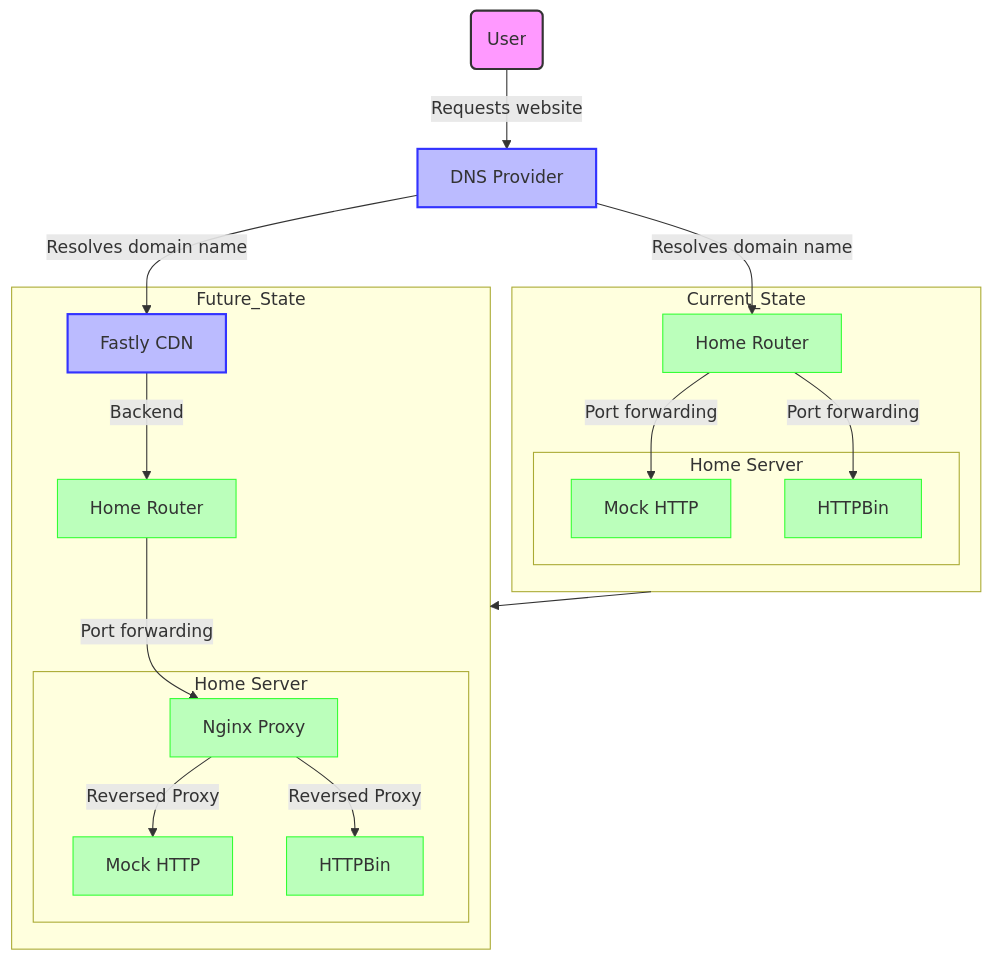
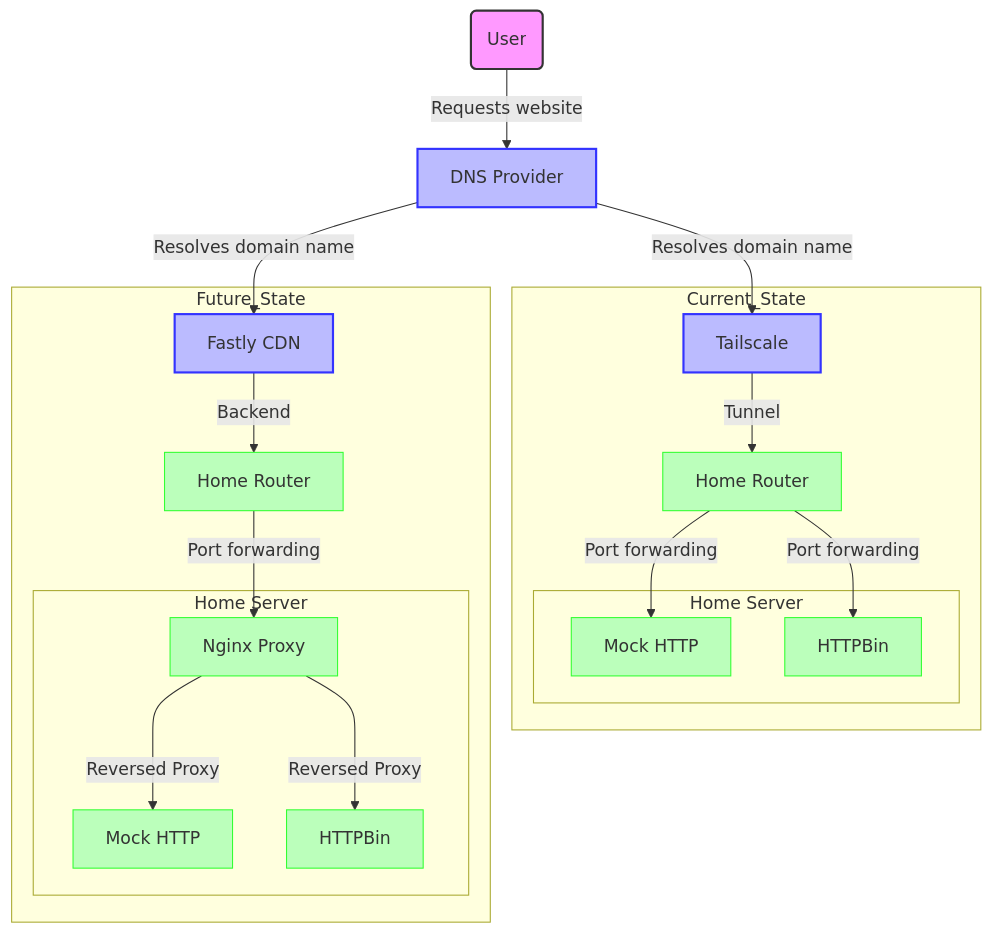
One commit to vlucaswang/fastly-demo changed the second of 2 diagrams in docs/design/solution-design.md. Above: the diagram before and after it, drawn with Mermaid. The commit also changed 4 other files, not shown here.

````diff
--- a/docs/design/solution-design.md
+++ b/docs/design/solution-design.md
@@ -57,35 +57,36 @@
 ```mermaid
-graph TD
+graph TB
     User(User) -->|Requests website| DNS[DNS Provider]
-    DNS -->|Resolves domain name| Router1[Home Router]
+    DNS -->|Resolves domain name| Tailscale
     DNS -->|Resolves domain name| Fastly[Fastly CDN]
-    Current_State --> Future_State
+
 
     subgraph "Current_State"
+        Tailscale -->|Tunnel| Router1[Home Router]
         Router1 -->|Port forwarding| Site1[Mock HTTP]
         Router1 -->|Port forwarding| Site2[HTTPBin]
 
         subgraph "Home Server"
             Site1
             Site2
         end
     end
 
     subgraph "Future_State"
         Fastly -->|Backend| Router2[Home Router]
         Router2 -->|Port forwarding| Nginx2[Nginx Proxy]
 
         subgraph "Home Server"
             Nginx2 -->|Reversed Proxy| Site3[Mock HTTP]
             Nginx2 -->|Reversed Proxy| Site4[HTTPBin]
         end
     end
 
     classDef user fill:#f9f,stroke:#333,stroke-width:2px;
     classDef fastly fill:#bbf,stroke:#33f,stroke-width:2px;
     classDef infra fill:#bfb,stroke:#3f3,stroke-width:1px;
 
     class User user;
-    class Fastly,DNS fastly;
+    class Fastly,DNS,Tailscale fastly;
     class Site1,Site2,Site3,Site4,Nginx2,Router1,Router2 infra;
 ```
````
